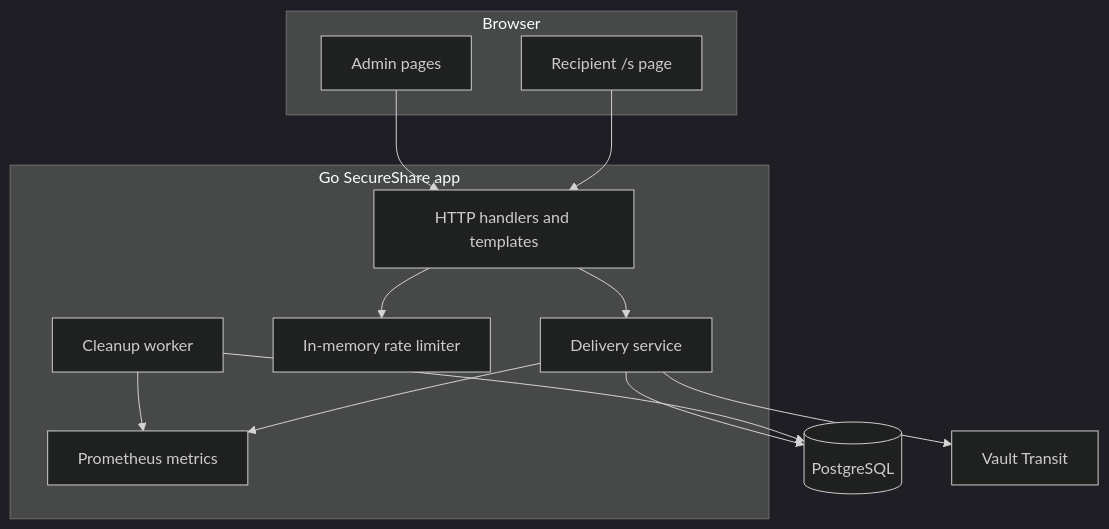
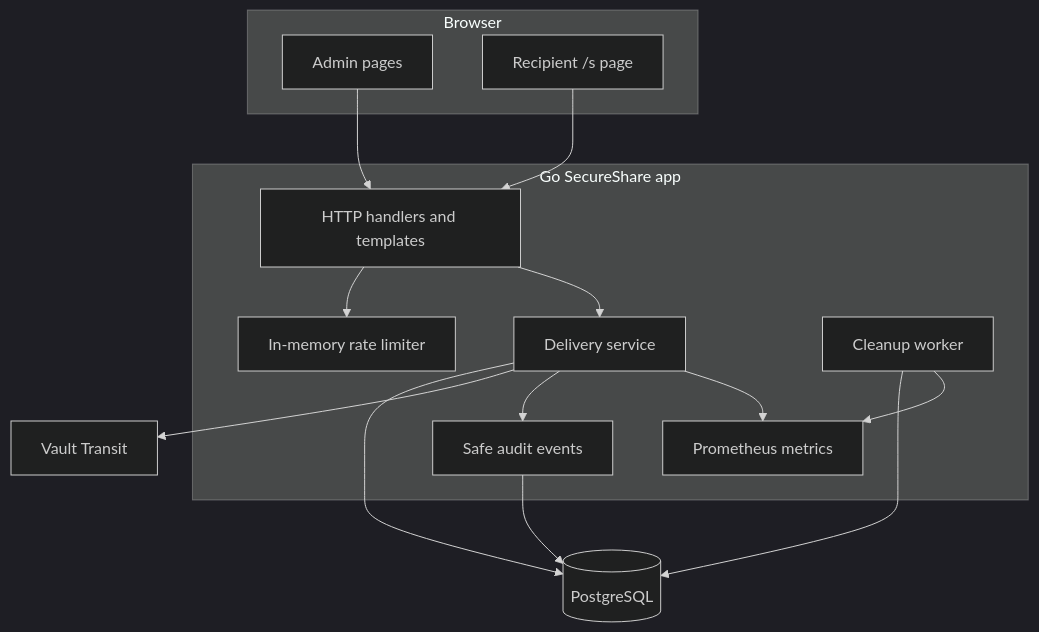
One commit to Operalith/secureshare changed the first of 4 diagrams in ARCHITECTURE.md. Above: the diagram before and after it, drawn with Mermaid (dark theme). The commit also changed other lines of this file and 16 other files, not shown here.

````diff
--- a/ARCHITECTURE.md
+++ b/ARCHITECTURE.md
@@ -5,26 +5,29 @@
 ```mermaid
 flowchart TB
   subgraph Browser
     A["Admin pages"]
     R["Recipient /s page"]
   end
   subgraph App["Go SecureShare app"]
     H["HTTP handlers and templates"]
     S["Delivery service"]
     L["In-memory rate limiter"]
     C["Cleanup worker"]
     M["Prometheus metrics"]
+    AU["Safe audit events"]
   end
   DB[("PostgreSQL")]
   V["Vault Transit"]
 
   A --> H
   R --> H
   H --> L
   H --> S
   S --> DB
   S --> V
+  S --> AU
+  AU --> DB
   C --> DB
   C --> M
   S --> M
 ```
````
